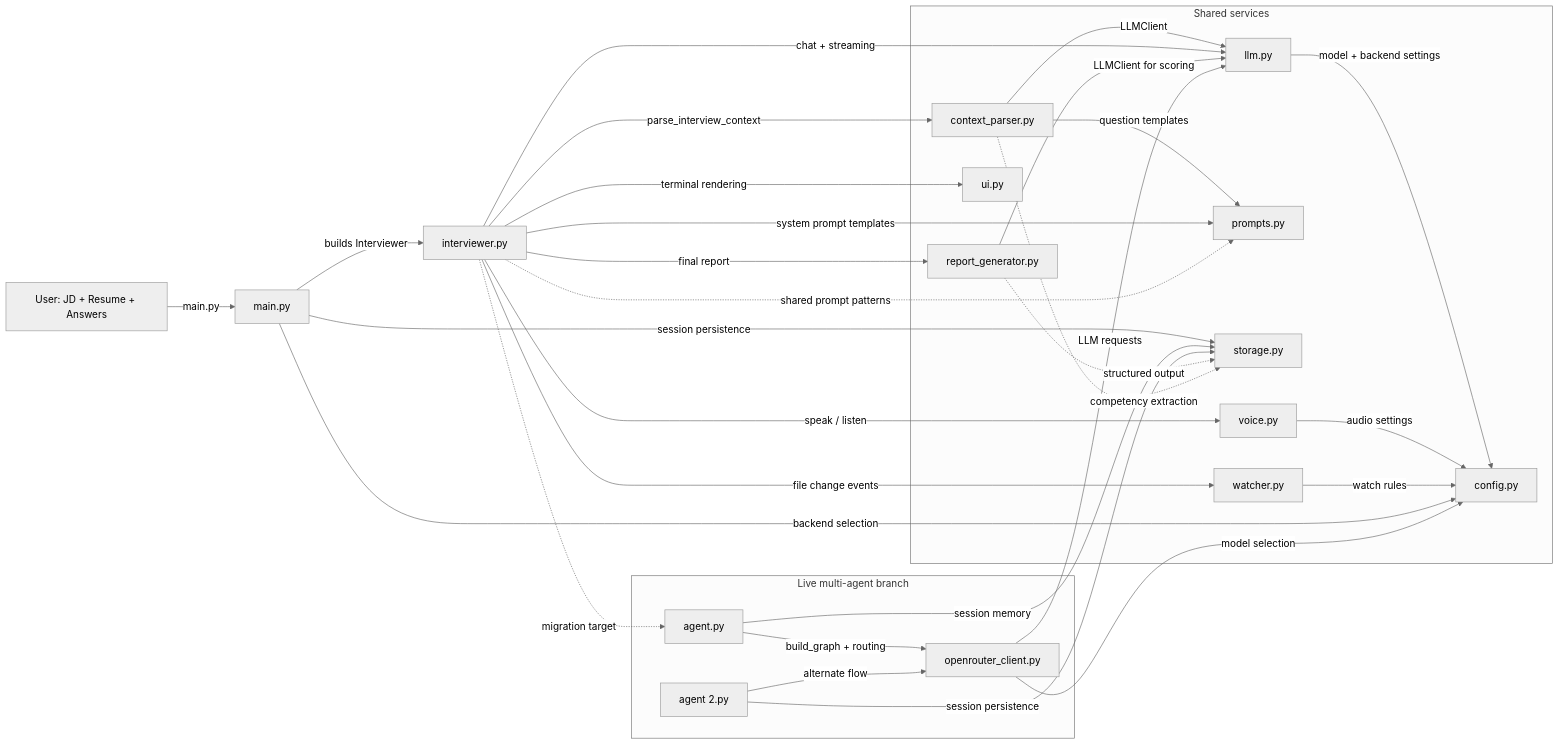
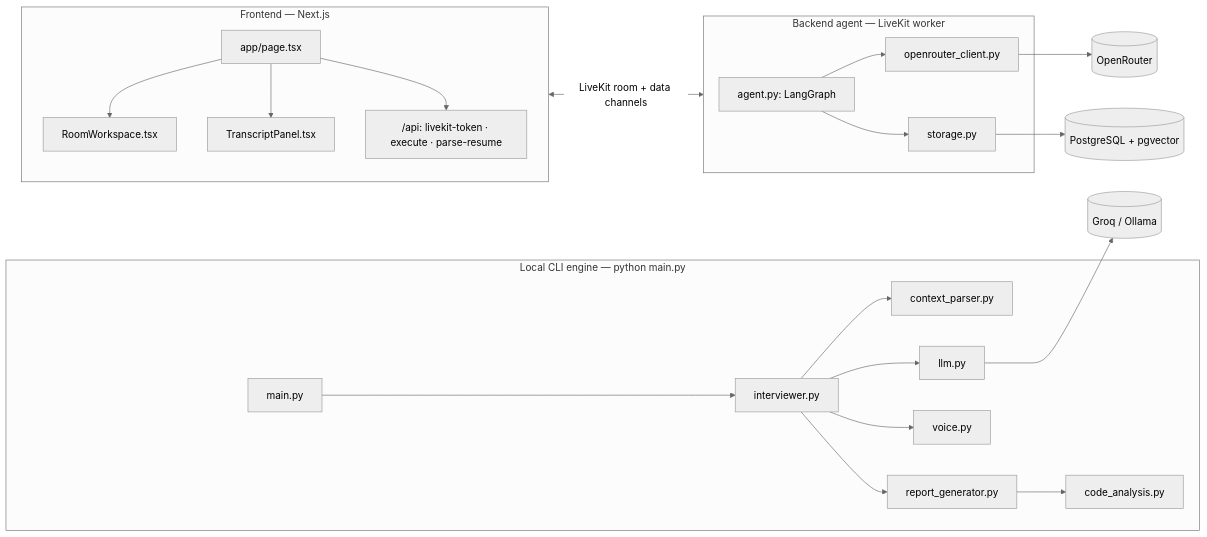
The diagram in README.md (Hrsh111/HireMind_AI), drawn with Mermaid (neutral theme) before and after one commit. The commit also changed other lines of this file and 31 other files, not shown here.

````diff
--- a/README.md
+++ b/README.md
@@ -14,51 +19,27 @@
 ```mermaid
 flowchart LR
-  U[User: JD + Resume + Answers] -->|main.py| M[main.py]
-  M -->|builds Interviewer| I[interviewer.py]
-
-  subgraph Shared[Shared services]
-    CP[context_parser.py]
-    L[llm.py]
-    P[prompts.py]
-    R[report_generator.py]
-    C[config.py]
-    ST[storage.py]
-    V[voice.py]
-    W[watcher.py]
-    UI[ui.py]
+  subgraph CLI["Local CLI engine — python main.py"]
+    M[main.py] --> I[interviewer.py]
+    I --> CP[context_parser.py]
+    I --> L[llm.py]
+    I --> V[voice.py]
+    I --> R[report_generator.py]
+    R --> CA[code_analysis.py]
   end
 
-  I -->|parse_interview_context| CP
-  CP -->|LLMClient| L
-  CP -->|question templates| P
-  I -->|system prompt templates| P
-  I -->|chat + streaming| L
-  I -->|final report| R
-  R -->|LLMClient for scoring| L
-  I -->|speak / listen| V
-  I -->|file change events| W
-  I -->|terminal rendering| UI
-  L -->|model + backend settings| C
-  V -->|audio settings| C
-  W -->|watch rules| C
-  M -->|backend selection| C
-  M -->|session persistence| ST
-
-  subgraph Panel[Live multi-agent branch]
-    AG[agent.py]
-    AG2[agent 2.py]
-    OR[openrouter_client.py]
+  subgraph FE["Frontend — Next.js"]
+    PG[app/page.tsx] --> RW[RoomWorkspace.tsx]
+    PG --> TP[TranscriptPanel.tsx]
+    PG --> APIR["/api: livekit-token · execute · parse-resume"]
   end
 
-  AG -->|build_graph + routing| OR
-  AG -->|session memory| ST
-  AG2 -->|alternate flow| OR
-  AG2 -->|session persistence| ST
-  OR -->|LLM requests| L
-  OR -->|model selection| C
+  subgraph BE["Backend agent — LiveKit worker"]
+    AG[agent.py: LangGraph] --> OR[openrouter_client.py]
+    AG --> ST[storage.py]
+  end
 
-  I -.->|migration target| AG
-  I -.->|shared prompt patterns| P
-  R -.->|structured output| ST
-  CP -.->|competency extraction| ST
+  FE <-->|LiveKit room + data channels| BE
+  ST --> DB[(PostgreSQL + pgvector)]
+  L --> LP[(Groq / Ollama)]
+  OR --> OO[(OpenRouter)]
 ```
````
